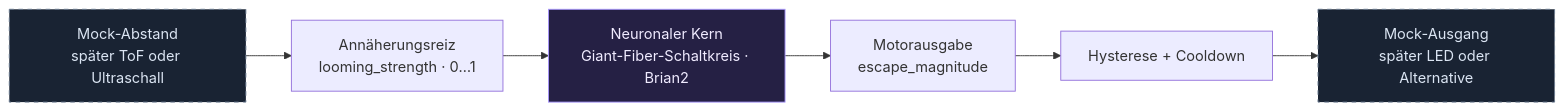
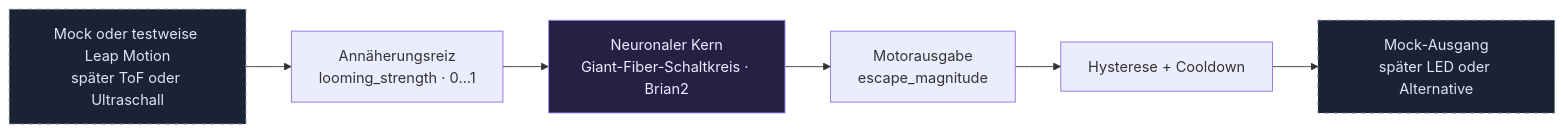
One commit to dj-nic/neuro-fly changed the diagram in README.md. Above: the diagram before and after it, drawn with Mermaid. The commit also changed other lines of this file and 6 other files, not shown here.

Commit message:
Füge Leap Motion Unterstützung hinzu: aktualisiere Dokumentation, implementiere Diagnose-Skript und plane Hardware-Integration

````diff
--- a/README.md
+++ b/README.md
@@ -42,12 +44,12 @@
 ```mermaid
 flowchart LR
-    A["Mock-Abstand<br/>später ToF oder Ultraschall"] --> B["Annäherungsreiz<br/>looming_strength · 0…1"]
+    A["Mock oder testweise Leap Motion<br/>später ToF oder Ultraschall"] --> B["Annäherungsreiz<br/>looming_strength · 0…1"]
     B --> C["Neuronaler Kern<br/>Giant-Fiber-Schaltkreis · Brian2"]
     C --> D["Motorausgabe<br/>escape_magnitude"]
     D --> E["Hysterese + Cooldown"]
     E --> F["Mock-Ausgang<br/>später LED oder Alternative"]
     classDef planned fill:#192333,stroke:#6b7b91,color:#dbe5f3,stroke-dasharray:5 5
     classDef brain fill:#252044,stroke:#aa97ff,color:#f0ebff
     class A,F planned
     class C brain
 ```
````
